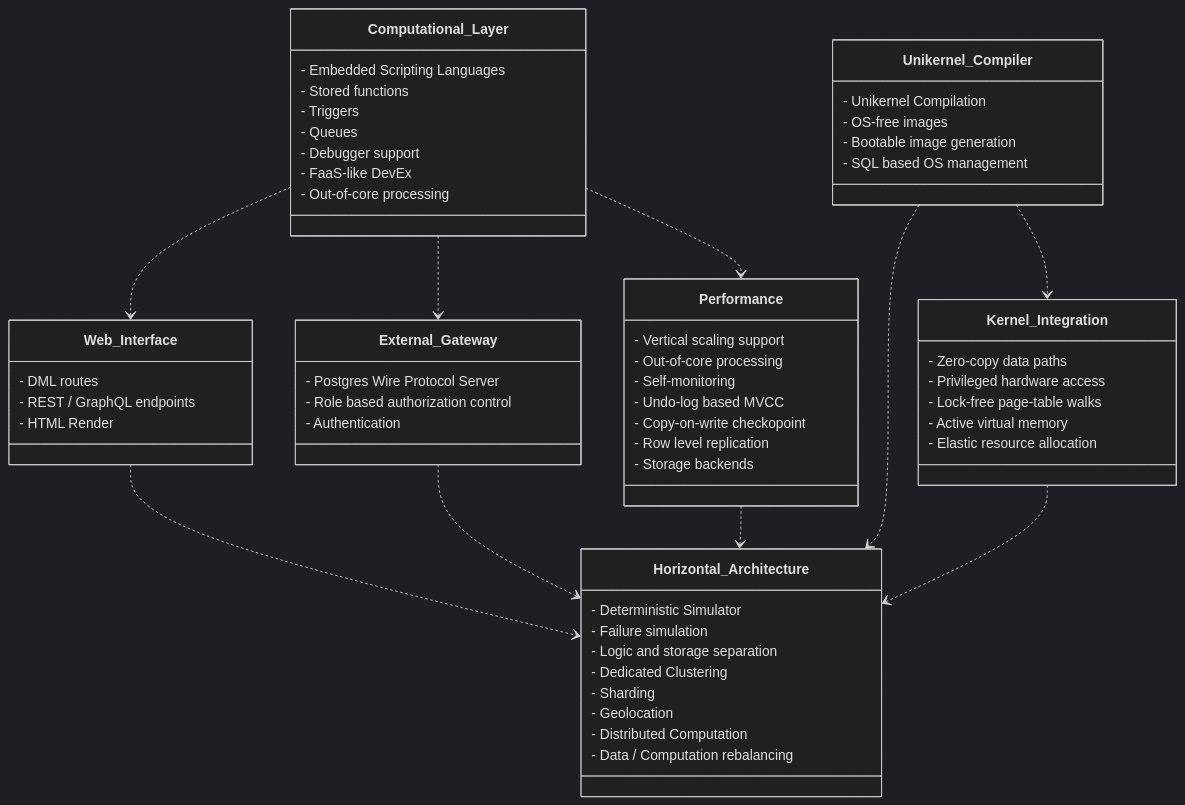
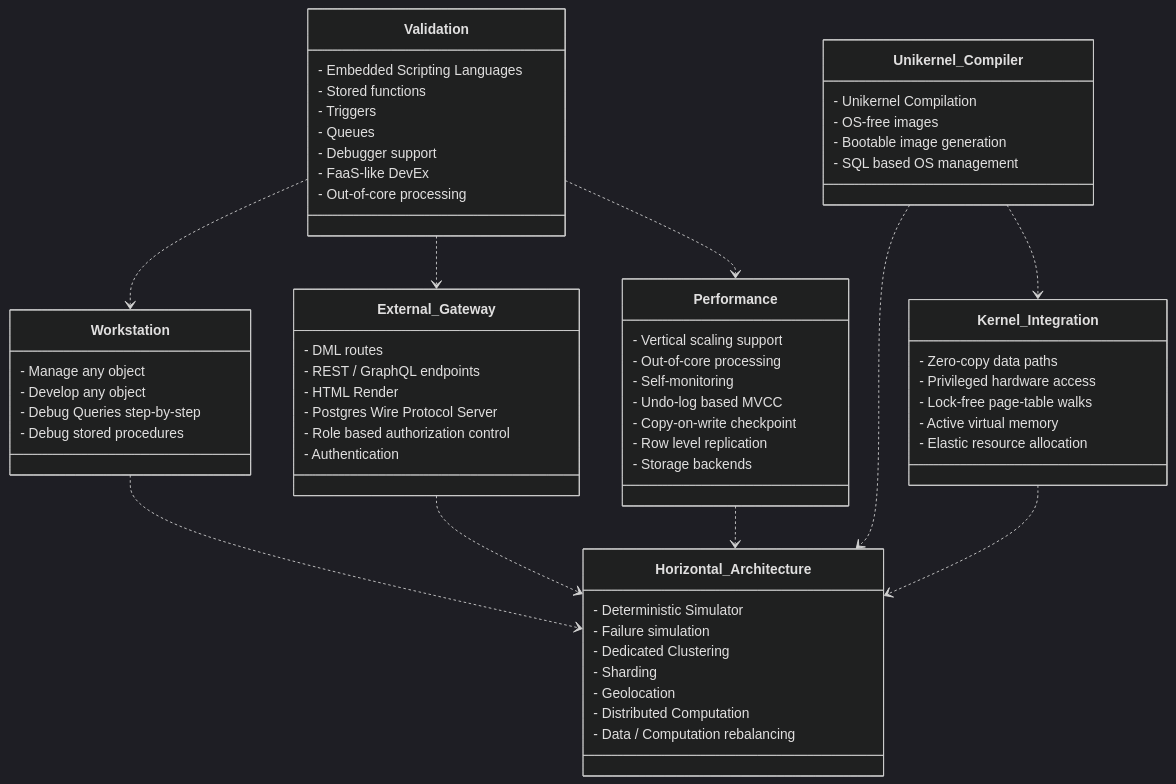
The diagram in docs/_docs/roadmap.md (oxibase/oxibase), drawn with Mermaid (dark theme) before and after one commit. The commit also changed other lines of this file and 28 other files, not shown here.

````diff
--- a/docs/_docs/roadmap.md
+++ b/docs/_docs/roadmap.md
@@ -18,75 +16,79 @@
 ```mermaid
 classDiagram
     %% --- RELATIONSHIPS ---
     %% Use the short class names here, not "Layer.Class"
-    Computational_Layer ..> Web_Interface
-    Computational_Layer ..> External_Gateway
-    Computational_Layer ..> Performance
+    Validation ..> External_Gateway
+    Validation ..> Workstation
+    Validation ..> Performance
 
-    Web_Interface ..> Horizontal_Architecture
+    Workstation ..> Horizontal_Architecture
     External_Gateway ..> Horizontal_Architecture
     Performance ..> Horizontal_Architecture
     Unikernel_Compiler ..> Horizontal_Architecture
 
     %% --- LAYERS & CLASS DEFINITIONS ---
 
-    class Computational_Layer {
+    class Validation {
         - Embedded Scripting Languages
         - Stored functions
         - Triggers
         - Queues
         - Debugger support
         - FaaS-like DevEx
         - Out-of-core processing
     }
-    class Web_Interface {
+    class External_Gateway {
         - DML routes
         - REST / GraphQL endpoints
         - HTML Render
-    }
-    class External_Gateway {
         - Postgres Wire Protocol Server
         - Role based authorization control
         - Authentication
+    }
+    class Workstation {
+        - Manage any object
+        - Develop any object
+        - Debug Queries step-by-step
+        - Debug stored procedures
+        
     }
 
     class Performance {
         - Vertical scaling support
         - Out-of-core processing
         - Self-monitoring
         - Undo-log based MVCC
-        - Copy-on-write checkopoint
+        - Copy-on-write checkpoint
         - Row level replication
         - Storage backends
     }
 
     class Horizontal_Architecture {
         - Deterministic Simulator
         - Failure simulation
-        - Logic and storage separation
         - Dedicated Clustering
         - Sharding
         - Geolocation
         - Distributed Computation
         - Data / Computation rebalancing
     }
 
     class Unikernel_Compiler {
         - Unikernel Compilation
         - OS-free images
         - Bootable image generation
         - SQL based OS management
     }
 
     class Kernel_Integration {
         - Zero-copy data paths
         - Privileged hardware access
         - Lock-free page-table walks
         - Active virtual memory
         - Elastic resource allocation
     }
 
     Unikernel_Compiler ..> Kernel_Integration
     Kernel_Integration ..> Horizontal_Architecture
 
 ```
````
